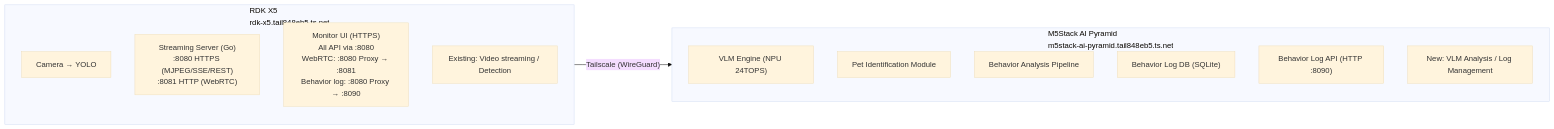
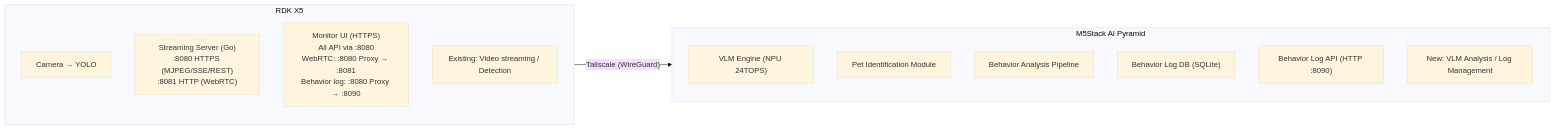
Before and after one commit to dj-oyu/rdk-x5_smart-pet-camera: the first of 4 diagrams in docs/vlm_integration_spec.md, drawn with Mermaid (base theme). The commit also changed other lines of this file and 12 other files, not shown here.

````diff
--- a/docs/vlm_integration_spec.md
+++ b/docs/vlm_integration_spec.md
@@ -28,20 +28,20 @@
 ```mermaid
 graph LR
-    subgraph RDK["RDK X5<br/>rdk-x5.tail848eb5.ts.net"]
+    subgraph RDK["RDK X5<br/><camera-host>"]
         CAM["Camera → YOLO"]
         GO["Streaming Server (Go)<br/>:8080 HTTPS (MJPEG/SSE/REST)<br/>:8081 HTTP (WebRTC)"]
         UI["Monitor UI (HTTPS)<br/>All API via :8080<br/>WebRTC: :8080 Proxy → :8081<br/>Behavior log: :8080 Proxy → :8090"]
         EXISTING["Existing: Video streaming / Detection"]
     end
 
-    subgraph PYRAMID["M5Stack AI Pyramid<br/>m5stack-ai-pyramid.tail848eb5.ts.net"]
+    subgraph PYRAMID["M5Stack AI Pyramid<br/><album-host>"]
         VLM["VLM Engine (NPU 24TOPS)"]
         IDENTIFY["Pet Identification Module"]
         PIPELINE["Behavior Analysis Pipeline"]
         DB["Behavior Log DB (SQLite)"]
         API["Behavior Log API (HTTP :8090)"]
         NEW["New: VLM Analysis / Log Management"]
     end
 
     RDK -- "Tailscale (WireGuard)" --> PYRAMID
 ```
````
